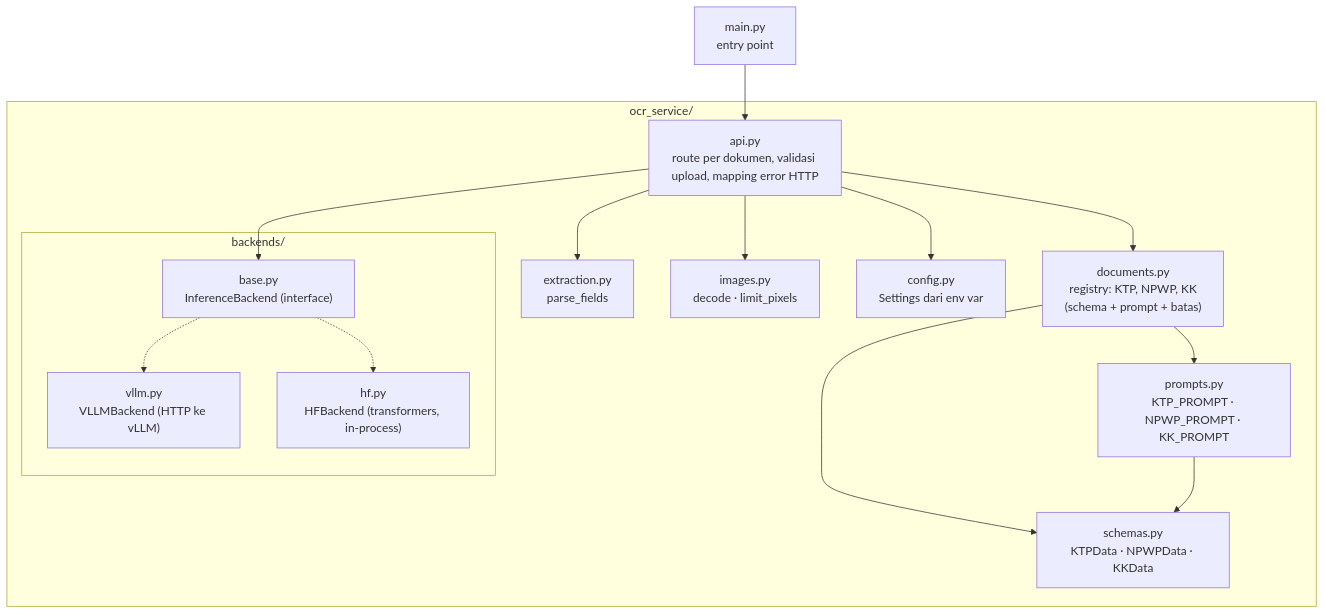
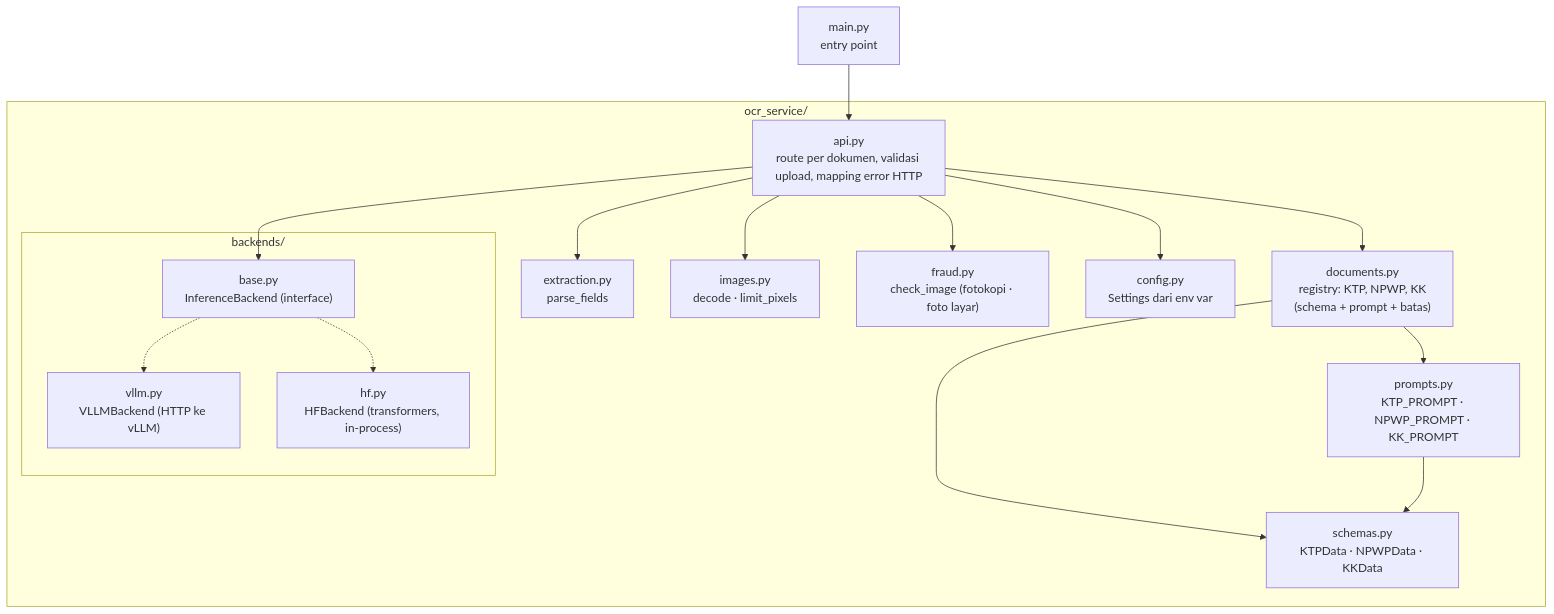
One commit to sivi-shahab/OCR-KTP-NPWP changed the third of 3 diagrams in docs/guide/arsitektur.md. Above: the diagram before and after it, drawn with Mermaid. The commit also changed other lines of this file and 10 other files, not shown here.

First line of the commit message:
Document fraud check across the docs site

````diff
--- a/docs/guide/arsitektur.md
+++ b/docs/guide/arsitektur.md
@@ -73,31 +79,33 @@
 ```mermaid
 flowchart TD
     main["main.py<br/>entry point"] --> api
 
     subgraph pkg["ocr_service/"]
         api["api.py<br/>route per dokumen, validasi upload, mapping error HTTP"]
         docs["documents.py<br/>registry: KTP, NPWP, KK<br/>(schema + prompt + batas)"]
         prompts["prompts.py<br/>KTP_PROMPT · NPWP_PROMPT · KK_PROMPT"]
         extraction["extraction.py<br/>parse_fields"]
         images["images.py<br/>decode · limit_pixels"]
+        fraud["fraud.py<br/>check_image (fotokopi · foto layar)"]
         schemas["schemas.py<br/>KTPData · NPWPData · KKData"]
         config["config.py<br/>Settings dari env var"]
 
         subgraph backends["backends/"]
             base["base.py<br/>InferenceBackend (interface)"]
             vllmb["vllm.py<br/>VLLMBackend (HTTP ke vLLM)"]
             hfb["hf.py<br/>HFBackend (transformers, in-process)"]
         end
     end
 
     api --> docs
     api --> extraction
     api --> images
+    api --> fraud
     api --> config
     api --> base
     docs --> schemas
     docs --> prompts
     prompts --> schemas
     base -.-> vllmb
     base -.-> hfb
 ```
````
